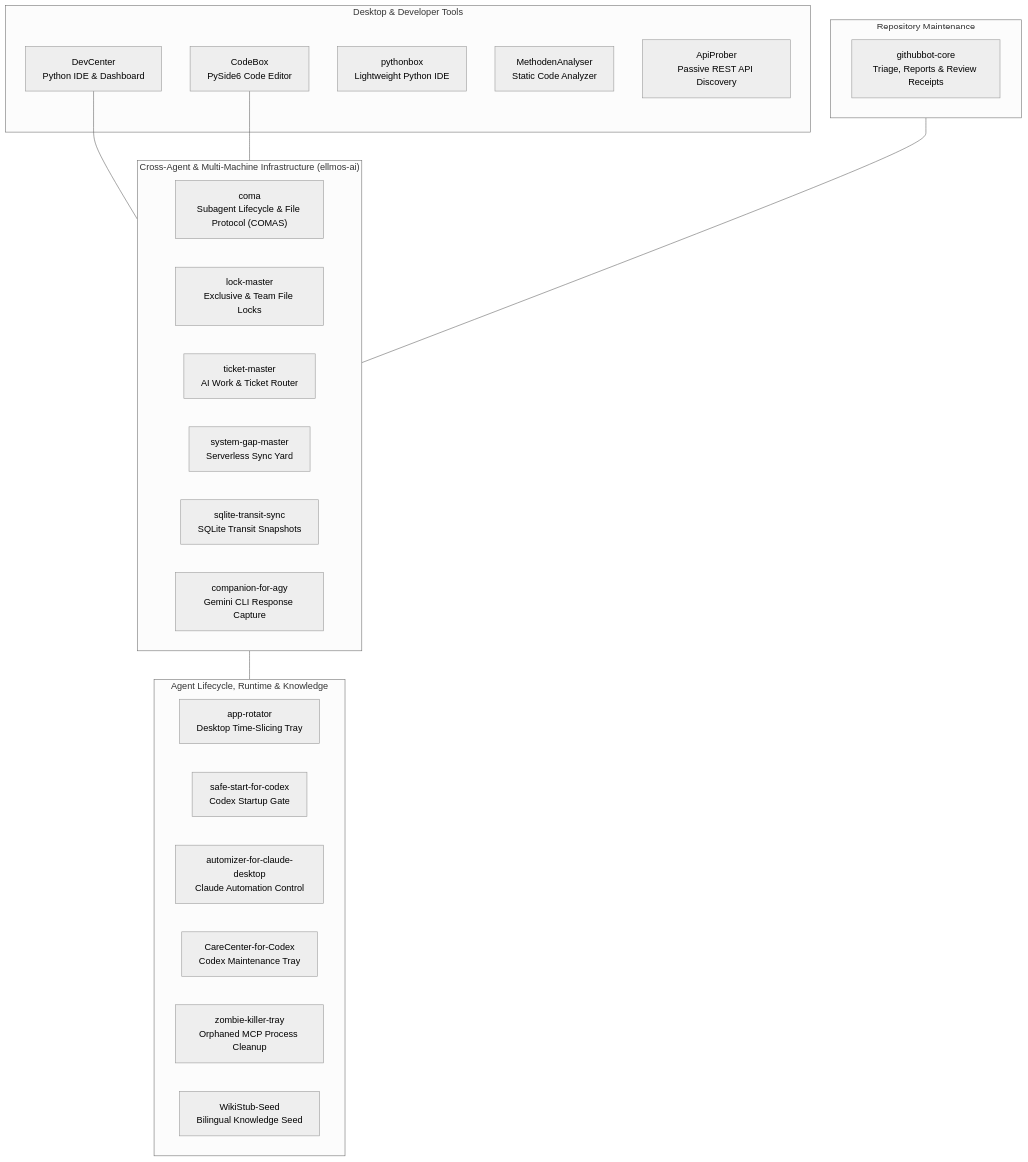
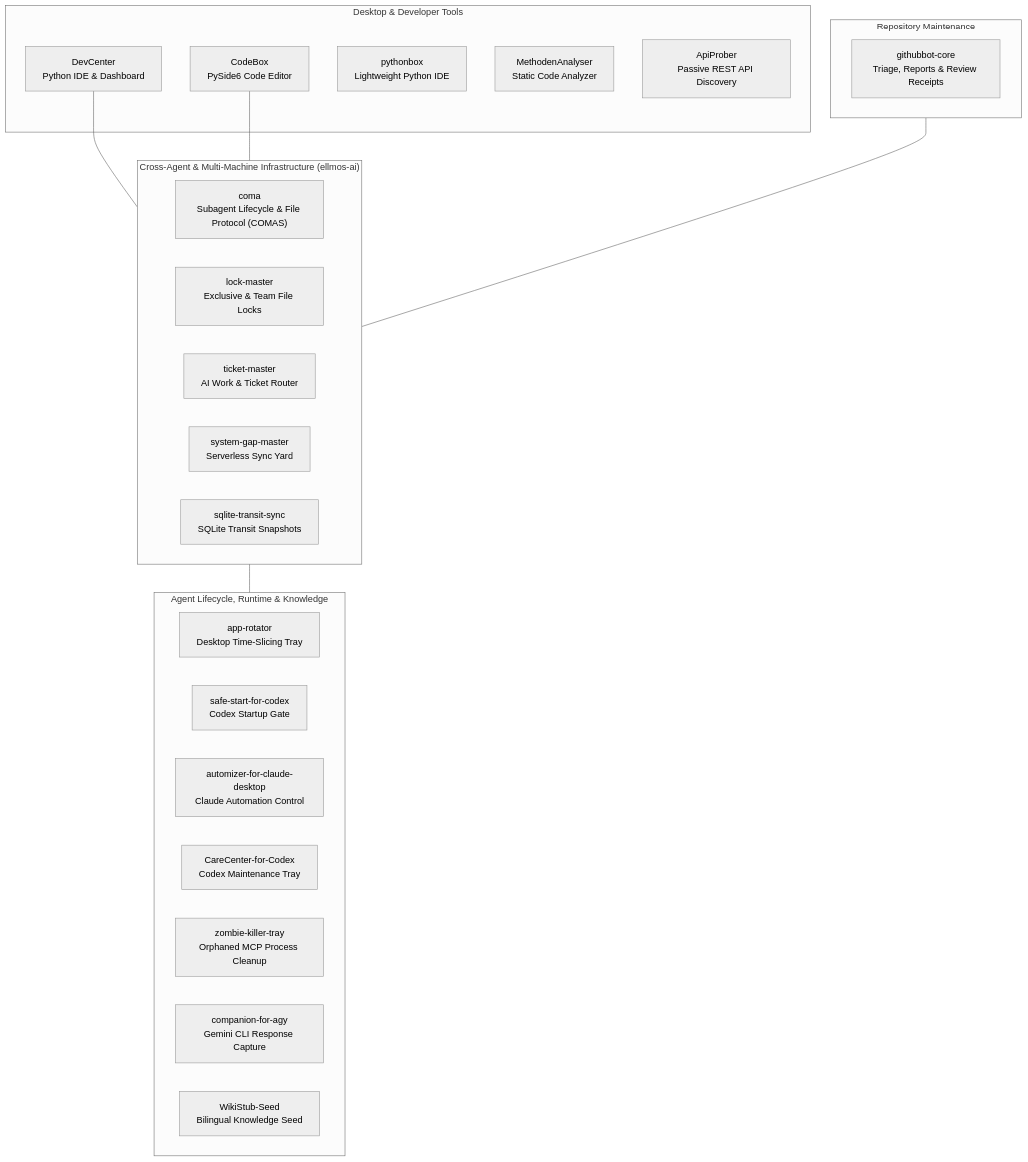
The diagram in profile/README.md (dev-bricks/.github), drawn with Mermaid (neutral theme) before and after one commit. The commit also changed other lines of this file and 5 other files, not shown here.

````diff
--- a/profile/README.md
+++ b/profile/README.md
@@ -132,37 +133,37 @@
 ```mermaid
 flowchart TD
   subgraph IDE["Desktop & Developer Tools"]
     DC["DevCenter<br/>Python IDE & Dashboard"]
     CB["CodeBox<br/>PySide6 Code Editor"]
     PB["pythonbox<br/>Lightweight Python IDE"]
     MA["MethodenAnalyser<br/>Static Code Analyzer"]
     AP["ApiProber<br/>Passive REST API Discovery"]
   end
 
   subgraph REPO["Repository Maintenance"]
     GBC["githubbot-core<br/>Triage, Reports & Review Receipts"]
   end
 
   subgraph INFRA["Cross-Agent & Multi-Machine Infrastructure (ellmos-ai)"]
     COM["coma<br/>Subagent Lifecycle & File Protocol (COMAS)"]
     LM["lock-master<br/>Exclusive & Team File Locks"]
     TM["ticket-master<br/>AI Work & Ticket Router"]
     SGM["system-gap-master<br/>Serverless Sync Yard"]
     STS["sqlite-transit-sync<br/>SQLite Transit Snapshots"]
-    AGY["companion-for-agy<br/>Gemini CLI Response Capture"]
   end
 
   subgraph AGENT["Agent Lifecycle, Runtime & Knowledge"]
     AR["app-rotator<br/>Desktop Time-Slicing Tray"]
     SSC["safe-start-for-codex<br/>Codex Startup Gate"]
     ACD["automizer-for-claude-desktop<br/>Claude Automation Control"]
     CCC["CareCenter-for-Codex<br/>Codex Maintenance Tray"]
     ZKT["zombie-killer-tray<br/>Orphaned MCP Process Cleanup"]
+    AGY["companion-for-agy<br/>Gemini CLI Response Capture"]
     WSS["WikiStub-Seed<br/>Bilingual Knowledge Seed"]
   end
 
   DC --- INFRA
   CB --- INFRA
   REPO --- INFRA
   INFRA --- AGENT
 ```
````
